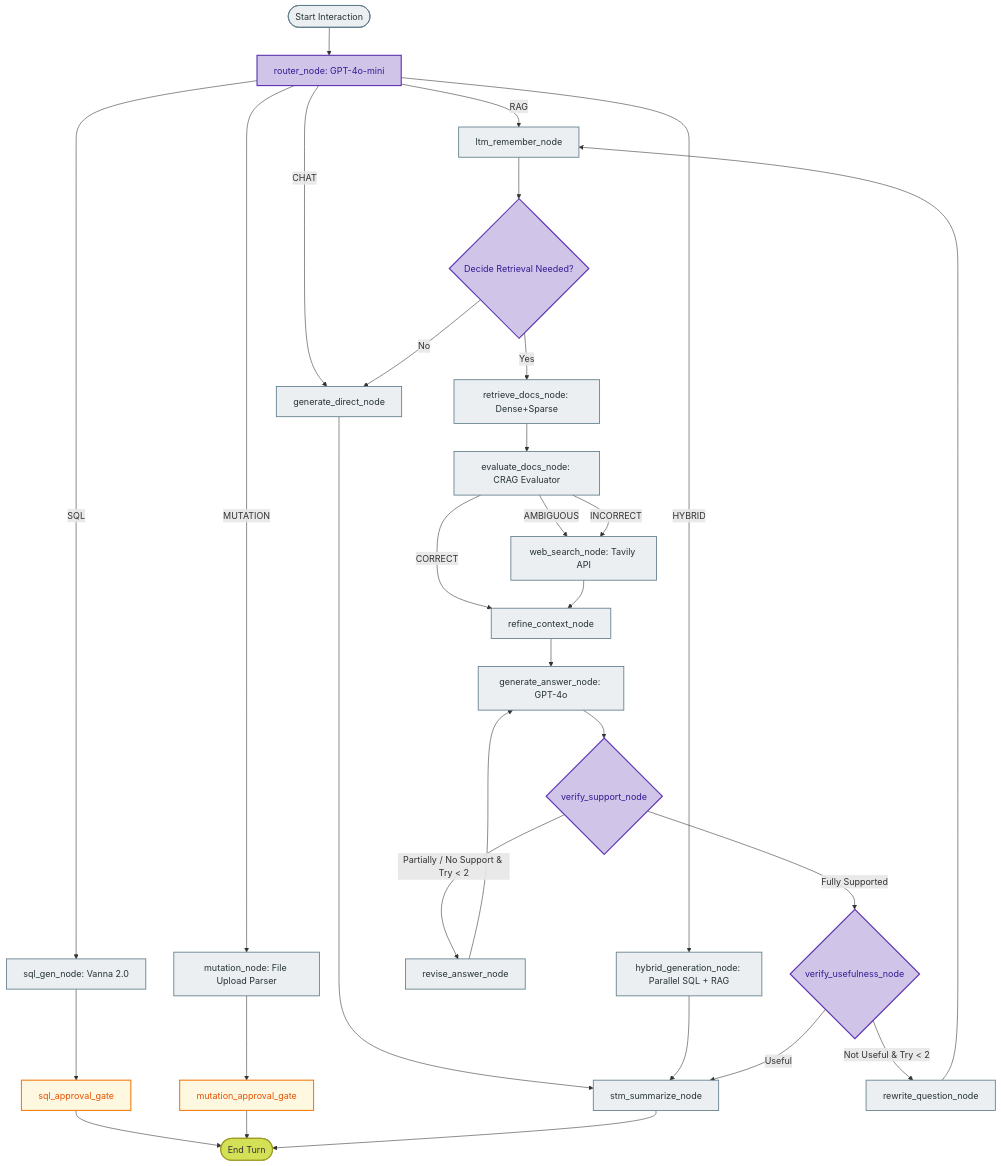
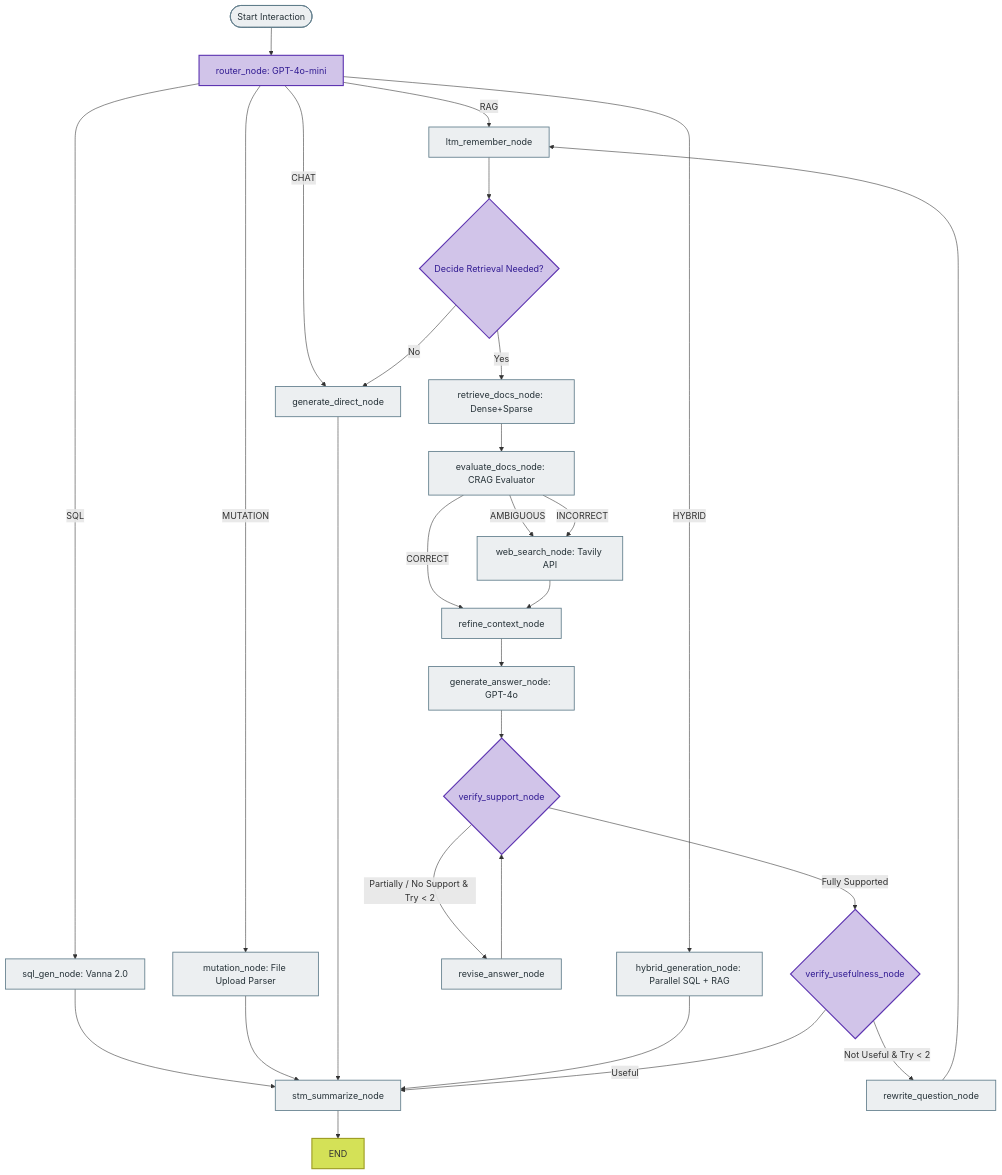
The diagram in docs/design/07-langgraph-state-machine.md (Manishekhar001/IDOP), drawn with Mermaid before and after one commit. The commit also changed other lines of this file and 12 other files, not shown here.

````diff
--- a/docs/design/07-langgraph-state-machine.md
+++ b/docs/design/07-langgraph-state-machine.md
@@ -101,60 +101,57 @@
 ```mermaid
 graph TD
     %% Styling Definitions
     classDef router fill:#d1c4e9,stroke:#5e35b1,stroke-width:2px,color:#311b92;
     classDef node fill:#eceff1,stroke:#607d8b,stroke-width:1.5px,color:#263238;
     classDef gate fill:#fff8e1,stroke:#f57f17,stroke-width:2px,color:#e65100;
     classDef endNode fill:#d4e157,stroke:#9e9d24,stroke-width:2px,color:#333;
 
     Start([Start Interaction]) --> Router[router_node: GPT-4o-mini]
     
     %% Router 5-paths
     Router -->|SQL| SQLGen[sql_gen_node: Vanna 2.0]
     Router -->|MUTATION| MutationNode[mutation_node: File Upload Parser]
     Router -->|CHAT| ChatGen[generate_direct_node]
     Router -->|RAG| LTMMem[ltm_remember_node]
     Router -->|HYBRID| HybridNode[hybrid_generation_node: Parallel SQL + RAG]
     
     %% SQL Path
-    SQLGen --> SQLApproval[sql_approval_gate]
-    SQLApproval --> END([End Turn])
+    SQLGen --> STMSum
     
     %% Mutation Path
-    MutationNode --> MutApproval[mutation_approval_gate]
-    MutApproval --> END
+    MutationNode --> STMSum
     
     %% Direct Chat Path
     ChatGen --> STMSum[stm_summarize_node]
     
     %% Hybrid Path
     HybridNode --> STMSum
     
     %% CSRAG Core Path
     LTMMem --> DecideRet{Decide Retrieval Needed?}
     DecideRet -->|No| ChatGen
     DecideRet -->|Yes| RetrieveDocs[retrieve_docs_node: Dense+Sparse]
     
     RetrieveDocs --> CRAGEval[evaluate_docs_node: CRAG Evaluator]
     
     CRAGEval -->|CORRECT| Refine[refine_context_node]
     CRAGEval -->|AMBIGUOUS| WebSearch[web_search_node: Tavily API]
     CRAGEval -->|INCORRECT| WebSearch
     
     WebSearch --> Refine
     Refine --> GenAnswer[generate_answer_node: GPT-4o]
     
     %% SRAG Loops
     GenAnswer --> SRAGSupport{verify_support_node}
-    SRAGSupport -->|Partially / No Support & Try < 2| ReviseAns[revise_answer_node] --> GenAnswer
+    SRAGSupport -->|Partially / No Support & Try < 2| ReviseAns[revise_answer_node] --> SRAGSupport
     SRAGSupport -->|Fully Supported| SRAGUse{verify_usefulness_node}
     
     SRAGUse -->|Not Useful & Try < 2| RewriteQ[rewrite_question_node] --> LTMMem
     SRAGUse -->|Useful| STMSum
     
     STMSum --> END
 
     class Router,DecideRet,SRAGSupport,SRAGUse router;
     class SQLGen,MutationNode,ChatGen,LTMMem,HybridNode,RetrieveDocs,CRAGEval,WebSearch,Refine,GenAnswer,ReviseAns,RewriteQ,STMSum node;
-    class SQLApproval,MutApproval gate;
     class END endNode;
 ```
````
